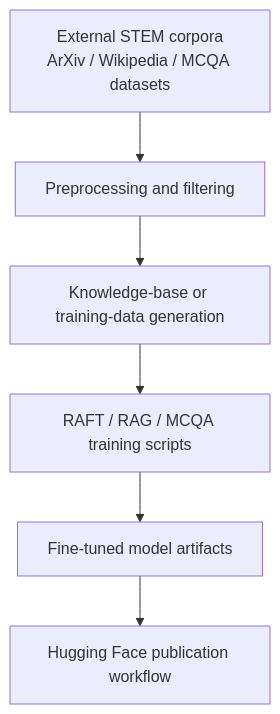
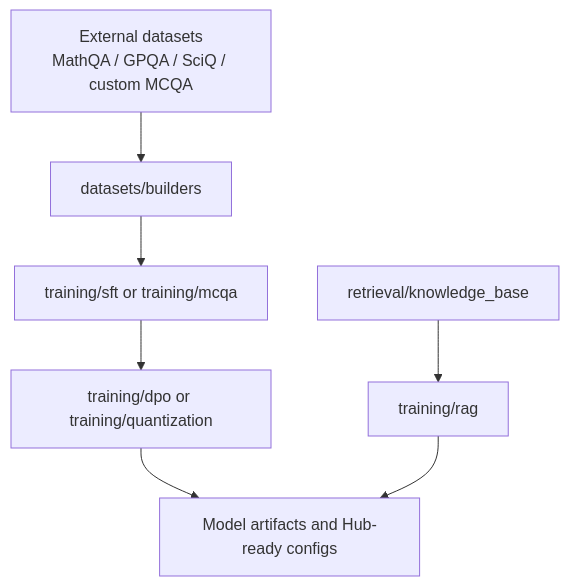
Before and after one commit to EmaRimoldi/llm-post-training-recipes: the second of 2 diagrams in README.md, drawn with Mermaid. The commit also changed other lines of this file and 108 other files, not shown here.

````diff
--- a/README.md
+++ b/README.md
@@ -72,8 +99,9 @@
 ```mermaid
 flowchart TD
-    A["External STEM corpora<br/>ArXiv / Wikipedia / MCQA datasets"] --> B["Preprocessing and filtering"]
-    B --> C["Knowledge-base or training-data generation"]
-    C --> D["RAFT / RAG / MCQA training scripts"]
-    D --> E["Fine-tuned model artifacts"]
-    E --> F["Hugging Face publication workflow"]
+    A["External datasets<br/>MathQA / GPQA / SciQ / custom MCQA"] --> B["datasets/builders"]
+    B --> C["training/sft or training/mcqa"]
+    C --> D["training/dpo or training/quantization"]
+    E["retrieval/knowledge_base"] --> F["training/rag"]
+    D --> G["Model artifacts and Hub-ready configs"]
+    F --> G
 ```
````
